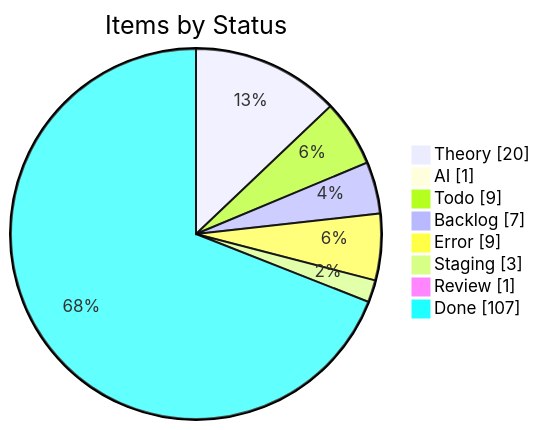
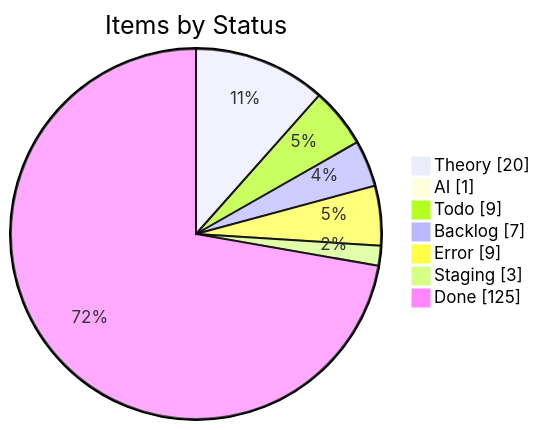
The first of 4 diagrams in apps/kbve/astro-kbve/src/content/docs/dashboard/kanban-data.mdx (KBVE/kbve), drawn with Mermaid before and after one commit. The commit also changed other lines of this file and 8 other files, not shown here.

````diff
--- a/apps/kbve/astro-kbve/src/content/docs/dashboard/kanban-data.mdx
+++ b/apps/kbve/astro-kbve/src/content/docs/dashboard/kanban-data.mdx
@@ -55,12 +55,11 @@
 ```mermaid
 pie showData
     title Items by Status
     "Theory" : 20
     "AI" : 1
     "Todo" : 9
     "Backlog" : 7
     "Error" : 9
     "Staging" : 3
-    "Review" : 1
-    "Done" : 107
+    "Done" : 125
 ```
````
